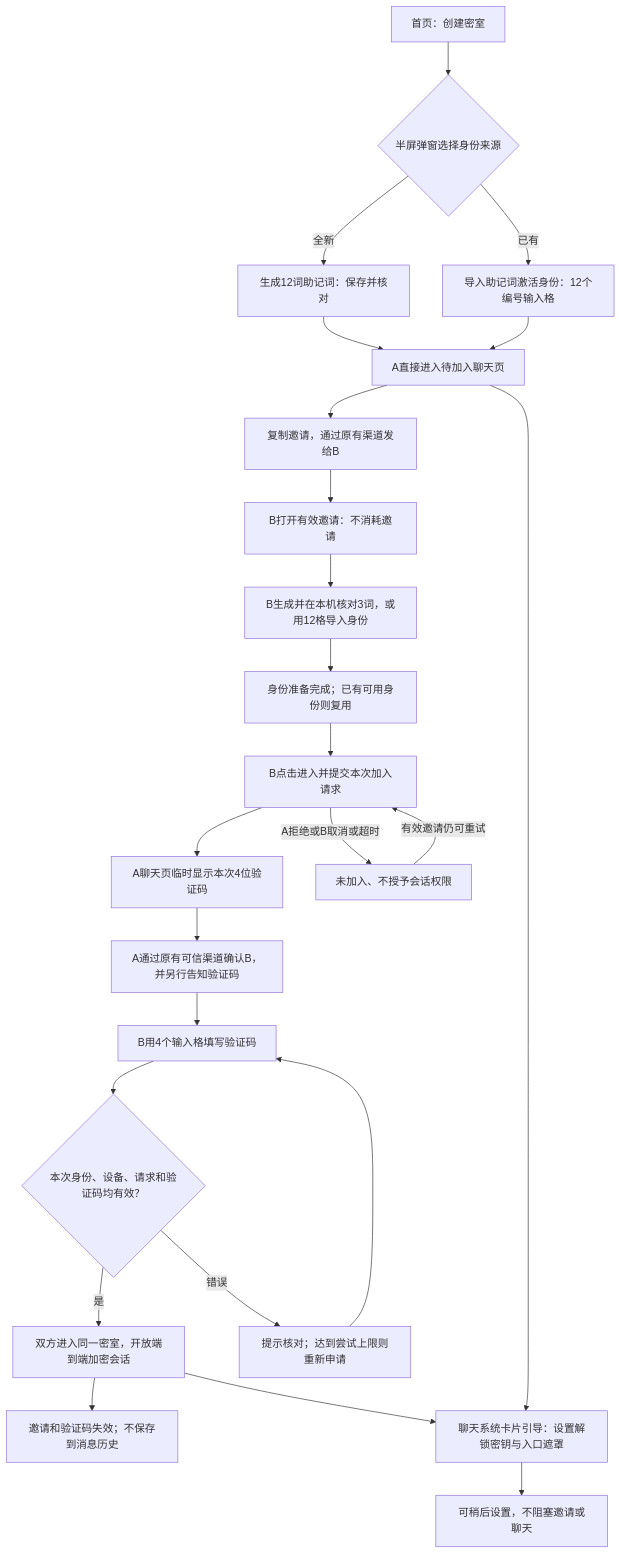
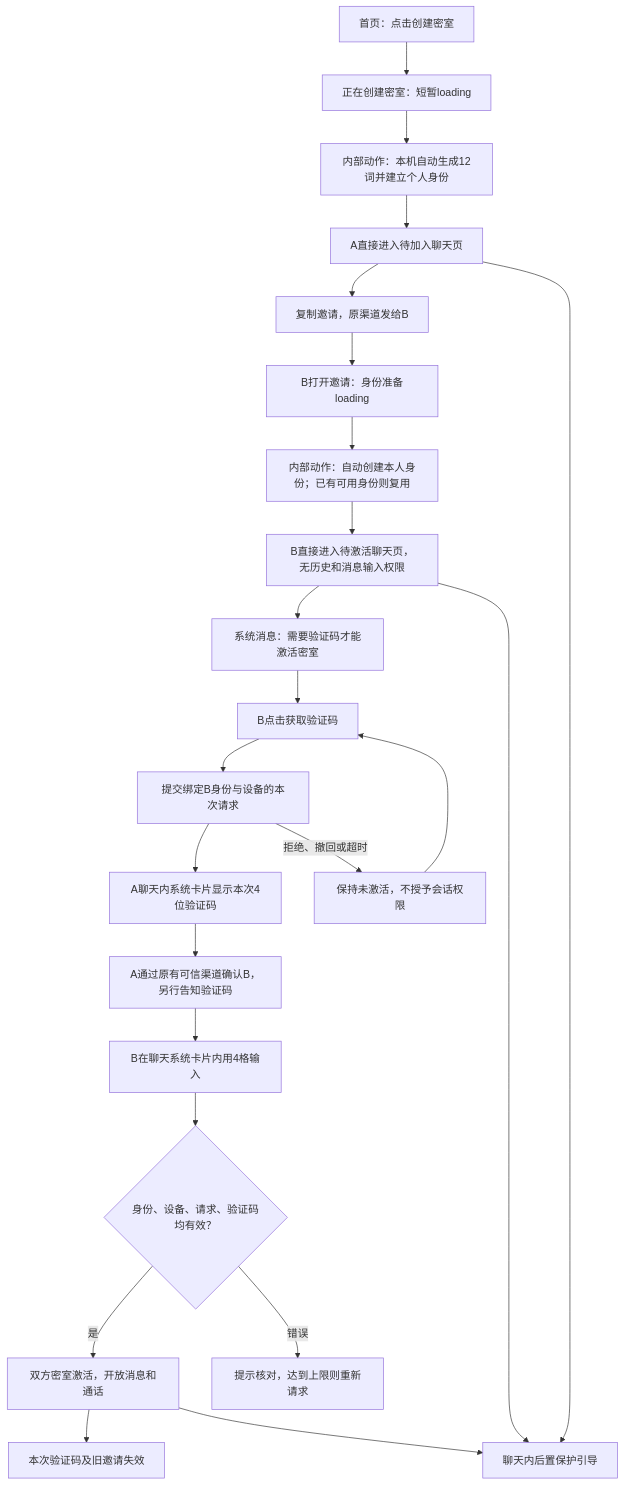
Before and after one commit to zdaiwmm/shui-IM: the first of 4 diagrams in docs/requirements/2026-10-16-personal-mnemonic-friends/flow.md, drawn with Mermaid. The commit also changed other lines of this file and 3 other files, not shown here.

````diff
--- a/docs/requirements/2026-10-16-personal-mnemonic-friends/flow.md
+++ b/docs/requirements/2026-10-16-personal-mnemonic-friends/flow.md
@@ -7,26 +7,25 @@
 ```mermaid
 flowchart TD
-  A[首页：创建密室] --> K{半屏弹窗选择身份来源}
-  K -->|全新| G[生成12词助记词：保存并核对]
-  K -->|已有| I[导入助记词激活身份：12个编号输入格]
-  G --> W[A直接进入待加入聊天页]
-  I --> W
-  W --> L[复制邀请，通过原有渠道发给B]
-  L --> B[B打开有效邀请：不消耗邀请]
-  B --> BI[B生成并在本机核对3词，或用12格导入身份]
-  BI --> BP[身份准备完成；已有可用身份则复用]
-  BP --> J[B点击进入并提交本次加入请求]
-  J --> C[A聊天页临时显示本次4位验证码]
-  C --> T[A通过原有可信渠道确认B，并另行告知验证码]
-  T --> V[B用4个输入格填写验证码]
-  V --> Q{本次身份、设备、请求和验证码均有效？}
-  Q -->|是| CHAT[双方进入同一密室，开放端到端加密会话]
-  Q -->|错误| RETRY[提示核对；达到尝试上限则重新申请]
-  RETRY --> V
-  J -->|A拒绝或B取消或超时| END[未加入、不授予会话权限]
-  END -->|有效邀请仍可重试| J
-  CHAT --> USED[邀请和验证码失效；不保存到消息历史]
-  W --> GUIDE[聊天系统卡片引导：设置解锁密钥与入口遮罩]
-  CHAT --> GUIDE
-  GUIDE --> OPTIONAL[可稍后设置，不阻塞邀请或聊天]
+  A[首页：点击创建密室] --> AL[正在创建密室：短暂loading]
+  AL --> AI[内部动作：本机自动生成12词并建立个人身份]
+  AI --> AC[A直接进入待加入聊天页]
+  AC --> L[复制邀请，原渠道发给B]
+  L --> BL[B打开邀请：身份准备loading]
+  BL --> BI[内部动作：自动创建本人身份；已有可用身份则复用]
+  BI --> BC[B直接进入待激活聊天页，无历史和消息输入权限]
+  BC --> GET[系统消息：需要验证码才能激活密室]
+  GET --> CLICK[B点击获取验证码]
+  CLICK --> REQ[提交绑定B身份与设备的本次请求]
+  REQ --> CODE[A聊天内系统卡片显示本次4位验证码]
+  CODE --> T[A通过原有可信渠道确认B，另行告知验证码]
+  T --> F[B在聊天系统卡片内用4格输入]
+  F --> V{身份、设备、请求、验证码均有效？}
+  V -->|是| CHAT[双方密室激活，开放消息和通话]
+  V -->|错误| RETRY[提示核对，达到上限则重新请求]
+  REQ -->|拒绝、撤回或超时| NO[保持未激活，不授予会话权限]
+  NO --> CLICK
+  CHAT --> DEAD[本次验证码及旧邀请失效]
+  AC --> SAFE[聊天内后置保护引导]
+  BC --> SAFE
+  CHAT --> SAFE
 ```
````
